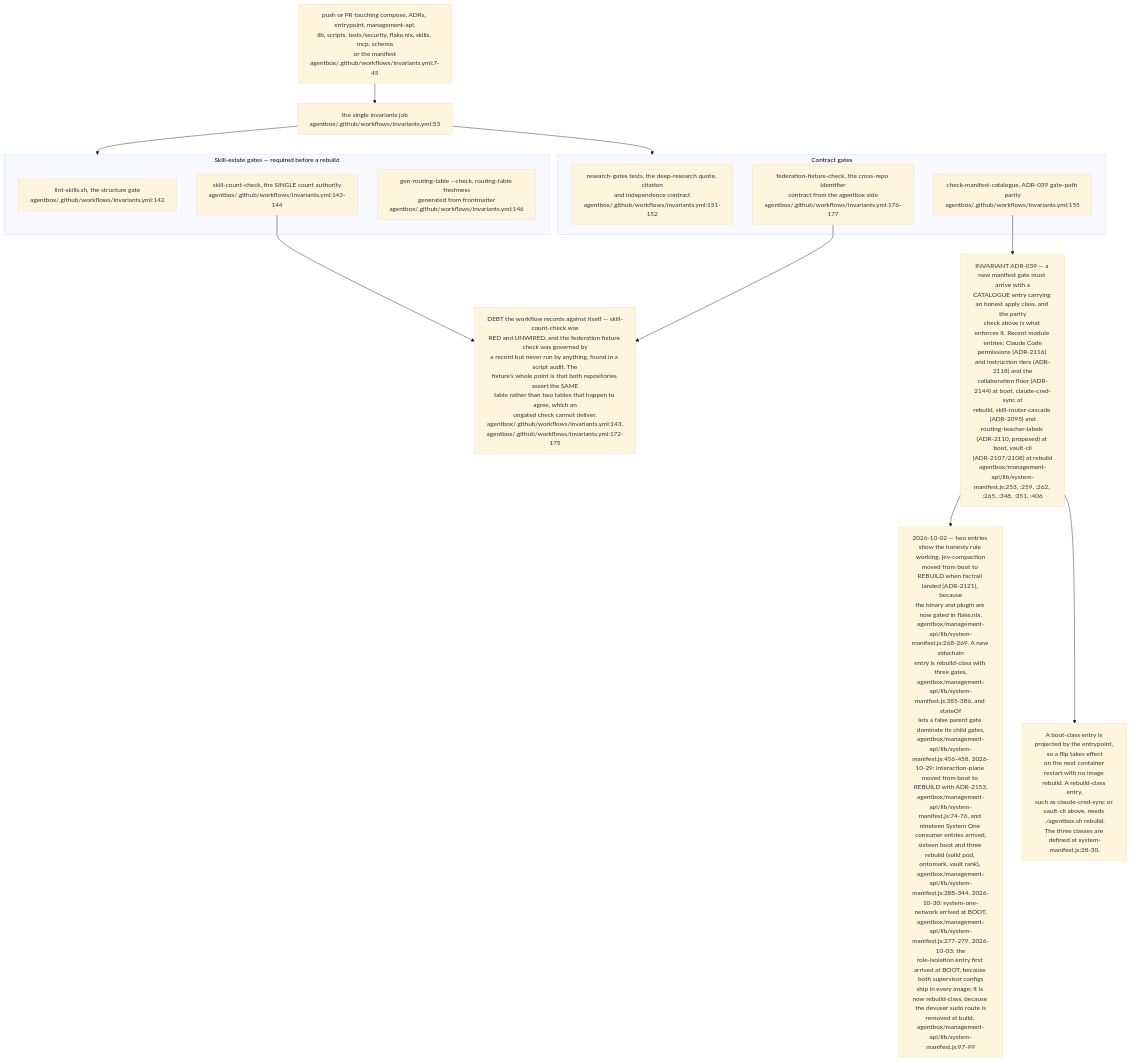
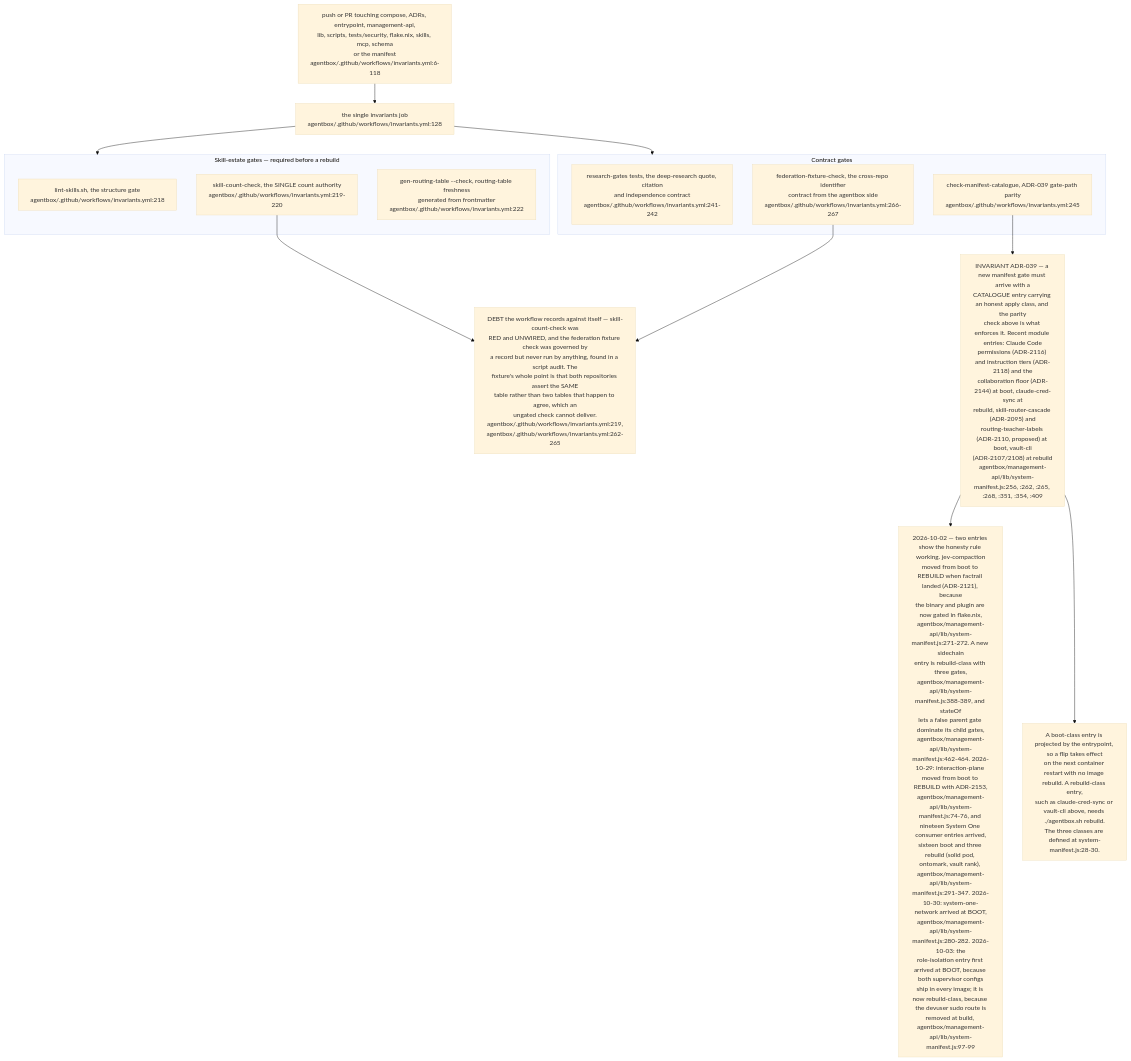
Before and after one commit to DreamLab-AI/VisionFlow: diagram 22 of 24 in docs/diagrams/estate/09-build-deploy-and-ci-estate.md, drawn with Mermaid (base theme). The commit also changed other lines of this file and 49 other files, not shown here.

First line of the commit message:
docs(diagrams): re-derive and re-stamp VisionClaw, estate, knowledge-graph, visionGraph, VisionFlow and sidestr topics

````diff
--- a/docs/diagrams/estate/09-build-deploy-and-ci-estate.md
+++ b/docs/diagrams/estate/09-build-deploy-and-ci-estate.md
@@ -788,32 +788,32 @@
 ```mermaid
 flowchart TB
-    TRIG["push or PR touching compose, ADRs, entrypoint, management-api,<br/>lib, scripts, tests/security, flake.nix, skills, mcp, schema<br/>or the manifest<br/>agentbox/.github/workflows/invariants.yml:7-45"]
-    JOB["the single invariants job<br/>agentbox/.github/workflows/invariants.yml:53"]
+    TRIG["push or PR touching compose, ADRs, entrypoint, management-api,<br/>lib, scripts, tests/security, flake.nix, skills, mcp, schema<br/>or the manifest<br/>agentbox/.github/workflows/invariants.yml:6-118"]
+    JOB["the single invariants job<br/>agentbox/.github/workflows/invariants.yml:128"]
     TRIG --> JOB
 
     subgraph SKILLS["Skill-estate gates — required before a rebuild"]
-        S1["lint-skills.sh, the structure gate<br/>agentbox/.github/workflows/invariants.yml:142"]
-        S2["skill-count-check, the SINGLE count authority<br/>agentbox/.github/workflows/invariants.yml:143-144"]
-        S3["gen-routing-table --check, routing-table freshness<br/>generated from frontmatter<br/>agentbox/.github/workflows/invariants.yml:146"]
+        S1["lint-skills.sh, the structure gate<br/>agentbox/.github/workflows/invariants.yml:218"]
+        S2["skill-count-check, the SINGLE count authority<br/>agentbox/.github/workflows/invariants.yml:219-220"]
+        S3["gen-routing-table --check, routing-table freshness<br/>generated from frontmatter<br/>agentbox/.github/workflows/invariants.yml:222"]
     end
     JOB --> SKILLS
 
     subgraph CONTRACT["Contract gates"]
-        C1["research-gates tests, the deep-research quote, citation<br/>and independence contract<br/>agentbox/.github/workflows/invariants.yml:151-152"]
-        C2["check-manifest-catalogue, ADR-039 gate-path parity<br/>agentbox/.github/workflows/invariants.yml:155"]
-        C3["federation-fixture-check, the cross-repo identifier<br/>contract from the agentbox side<br/>agentbox/.github/workflows/invariants.yml:176-177"]
+        C1["research-gates tests, the deep-research quote, citation<br/>and independence contract<br/>agentbox/.github/workflows/invariants.yml:241-242"]
+        C2["check-manifest-catalogue, ADR-039 gate-path parity<br/>agentbox/.github/workflows/invariants.yml:245"]
+        C3["federation-fixture-check, the cross-repo identifier<br/>contract from the agentbox side<br/>agentbox/.github/workflows/invariants.yml:266-267"]
     end
     JOB --> CONTRACT
 
-    DEBT["DEBT the workflow records against itself — skill-count-check was<br/>RED and UNWIRED, and the federation fixture check was governed by<br/>a record but never run by anything, found in a script audit. The<br/>fixture's whole point is that both repositories assert the SAME<br/>table rather than two tables that happen to agree, which an<br/>ungated check cannot deliver.<br/>agentbox/.github/workflows/invariants.yml:143,<br/>agentbox/.github/workflows/invariants.yml:172-175"]
+    DEBT["DEBT the workflow records against itself — skill-count-check was<br/>RED and UNWIRED, and the federation fixture check was governed by<br/>a record but never run by anything, found in a script audit. The<br/>fixture's whole point is that both repositories assert the SAME<br/>table rather than two tables that happen to agree, which an<br/>ungated check cannot deliver.<br/>agentbox/.github/workflows/invariants.yml:219,<br/>agentbox/.github/workflows/invariants.yml:262-265"]
     S2 --> DEBT
     C3 --> DEBT
 
-    CAT["INVARIANT ADR-039 — a new manifest gate must arrive with a<br/>CATALOGUE entry carrying an honest apply class, and the parity<br/>check above is what enforces it. Recent module entries: Claude Code<br/>permissions (ADR-2116) and instruction tiers (ADR-2118) and the<br/>collaboration floor (ADR-2144) at boot, claude-cred-sync at<br/>rebuild, skill-router-cascade (ADR-2095) and<br/>routing-teacher-labels (ADR-2110, proposed) at boot, vault-cli<br/>(ADR-2107/2108) at rebuild<br/>agentbox/management-api/lib/system-manifest.js:253, :259, :262, :265, :348, :351, :406"]
-    HONEST["2026-10-02 — two entries show the honesty rule working. jev-compaction<br/>moved from boot to REBUILD when factrail landed (ADR-2121), because<br/>the binary and plugin are now gated in flake.nix,<br/>agentbox/management-api/lib/system-manifest.js:268-269. A new sidechain<br/>entry is rebuild-class with three gates,<br/>agentbox/management-api/lib/system-manifest.js:385-386, and stateOf<br/>lets a false parent gate dominate its child gates,<br/>agentbox/management-api/lib/system-manifest.js:456-458. 2026-10-29: interaction-plane moved from boot to REBUILD with ADR-2153,<br/>agentbox/management-api/lib/system-manifest.js:74-76, and nineteen System One consumer entries arrived,<br/>sixteen boot and three rebuild (solid pod, ontomark, vault rank), agentbox/management-api/lib/system-manifest.js:288-344. 2026-10-30: system-one-network arrived at BOOT,<br/>agentbox/management-api/lib/system-manifest.js:277-279. 2026-10-03: the<br/>role-isolation entry first arrived at BOOT, because both supervisor configs<br/>ship in every image; it is now rebuild-class, because the devuser sudo route is<br/>removed at build, agentbox/management-api/lib/system-manifest.js:97-99"]
+    CAT["INVARIANT ADR-039 — a new manifest gate must arrive with a<br/>CATALOGUE entry carrying an honest apply class, and the parity<br/>check above is what enforces it. Recent module entries: Claude Code<br/>permissions (ADR-2116) and instruction tiers (ADR-2118) and the<br/>collaboration floor (ADR-2144) at boot, claude-cred-sync at<br/>rebuild, skill-router-cascade (ADR-2095) and<br/>routing-teacher-labels (ADR-2110, proposed) at boot, vault-cli<br/>(ADR-2107/2108) at rebuild<br/>agentbox/management-api/lib/system-manifest.js:256, :262, :265, :268, :351, :354, :409"]
+    HONEST["2026-10-02 — two entries show the honesty rule working. jev-compaction<br/>moved from boot to REBUILD when factrail landed (ADR-2121), because<br/>the binary and plugin are now gated in flake.nix,<br/>agentbox/management-api/lib/system-manifest.js:271-272. A new sidechain<br/>entry is rebuild-class with three gates,<br/>agentbox/management-api/lib/system-manifest.js:388-389, and stateOf<br/>lets a false parent gate dominate its child gates,<br/>agentbox/management-api/lib/system-manifest.js:462-464. 2026-10-29: interaction-plane moved from boot to REBUILD with ADR-2153,<br/>agentbox/management-api/lib/system-manifest.js:74-76, and nineteen System One consumer entries arrived,<br/>sixteen boot and three rebuild (solid pod, ontomark, vault rank), agentbox/management-api/lib/system-manifest.js:291-347. 2026-10-30: system-one-network arrived at BOOT,<br/>agentbox/management-api/lib/system-manifest.js:280-282. 2026-10-03: the<br/>role-isolation entry first arrived at BOOT, because both supervisor configs<br/>ship in every image; it is now rebuild-class, because the devuser sudo route is<br/>removed at build, agentbox/management-api/lib/system-manifest.js:97-99"]
     CAT --> HONEST
     C2 --> CAT
 
     CLASS["A boot-class entry is projected by the entrypoint, so a flip takes effect<br/>on the next container restart with no image rebuild. A rebuild-class entry,<br/>such as claude-cred-sync or vault-cli above, needs ./agentbox.sh rebuild.<br/>The three classes are defined at system-manifest.js:28-30."]
     CAT --> CLASS
 ```
````
